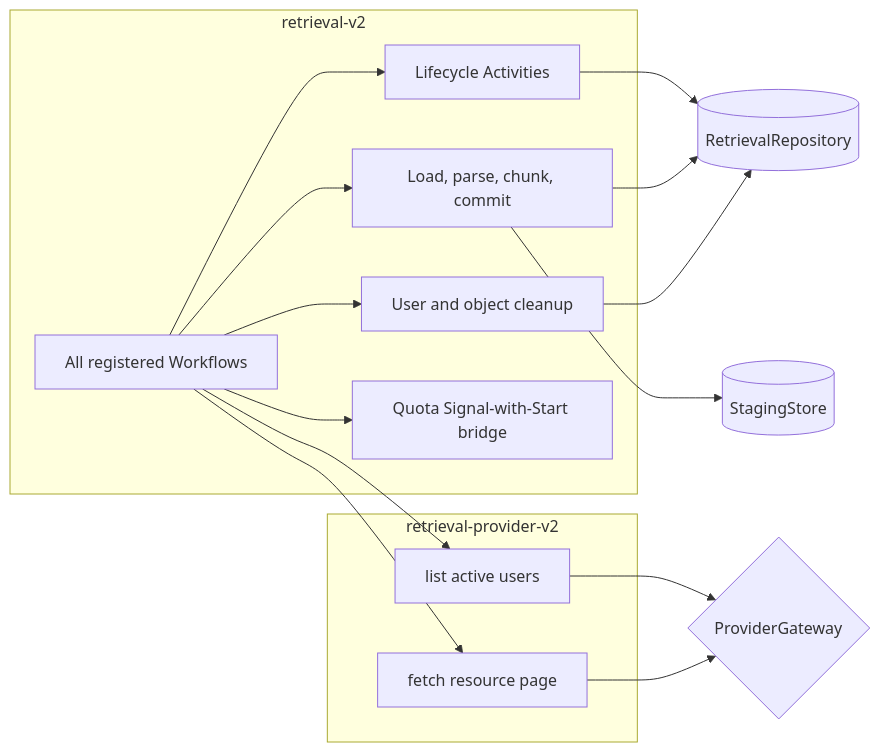
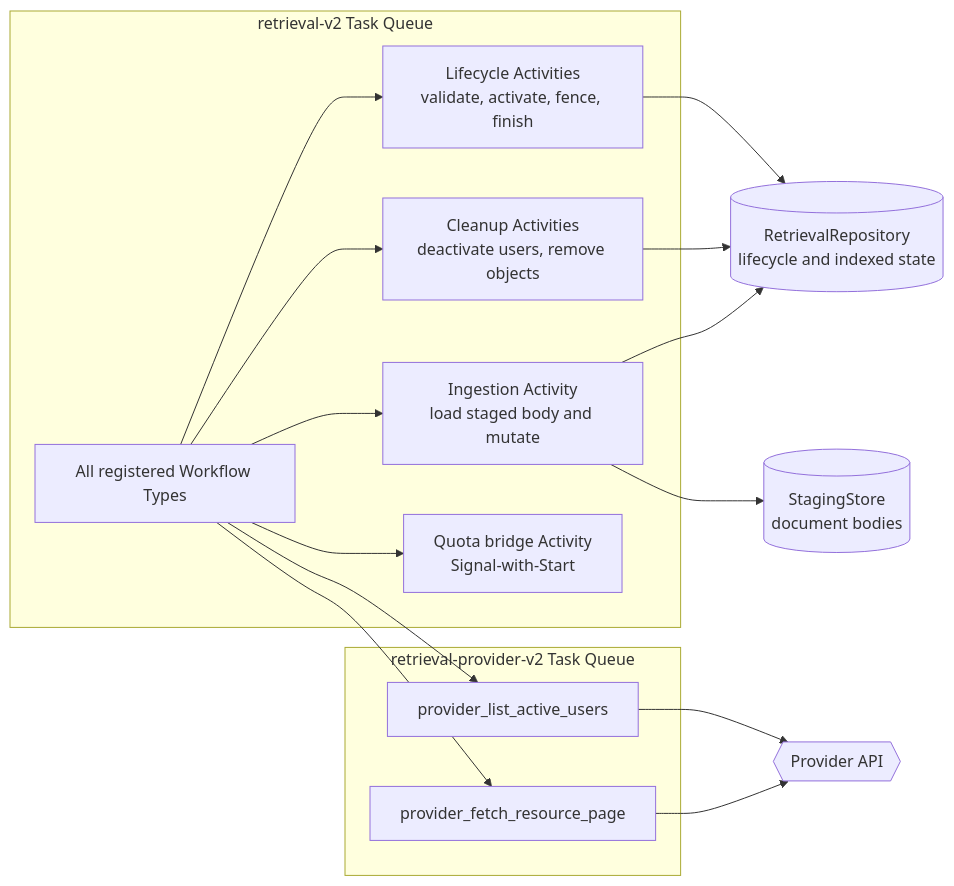
The third of 6 diagrams in docs/workflow-topology.md (temporal-sa/golden-retriever), drawn with Mermaid before and after one commit. The commit also changed other lines of this file and 148 other files, not shown here.

````diff
--- a/docs/workflow-topology.md
+++ b/docs/workflow-topology.md
@@ -141,27 +119,32 @@
 ```mermaid
 flowchart LR
-    subgraph retrieval["retrieval-v2"]
-        workflows["All registered Workflows"]
-        lifecycle["Lifecycle Activities"]
-        ingestion["Load, parse, chunk, commit"]
-        cleanup["User and object cleanup"]
-        quotaBridge["Quota Signal-with-Start bridge"]
+    subgraph retrievalQueue["retrieval-v2 Task Queue"]
+        workflows["All registered Workflow Types"]
+        lifecycle["Lifecycle Activities<br/>validate, activate, fence, finish"]
+        cleanup["Cleanup Activities<br/>deactivate users, remove objects"]
+        ingestion["Ingestion Activity<br/>load staged body and mutate"]
+        quotaBridge["Quota bridge Activity<br/>Signal-with-Start"]
     end
 
-    subgraph provider["retrieval-provider-v2"]
-        listUsers["list active users"]
-        fetchPage["fetch resource page"]
+    subgraph providerQueue["retrieval-provider-v2 Task Queue"]
+        listUsers["provider_list_active_users"]
+        fetchPage["provider_fetch_resource_page"]
     end
 
-    repository[("RetrievalRepository")]
-    staging[("StagingStore")]
-    gateway{"ProviderGateway"}
+    repository[("RetrievalRepository<br/>lifecycle and indexed state")]
+    staging[("StagingStore<br/>document bodies")]
+    provider{{"Provider API"}}
 
-    workflows --> lifecycle --> repository
-    workflows --> ingestion --> repository
+    workflows --> lifecycle
+    workflows --> cleanup
+    workflows --> ingestion
+    workflows --> quotaBridge
+    workflows --> listUsers
+    workflows --> fetchPage
+    lifecycle --> repository
+    cleanup --> repository
+    ingestion --> repository
     ingestion --> staging
-    workflows --> cleanup --> repository
-    workflows --> quotaBridge
-    workflows --> listUsers --> gateway
-    workflows --> fetchPage --> gateway
+    listUsers --> provider
+    fetchPage --> provider
 ```
````
